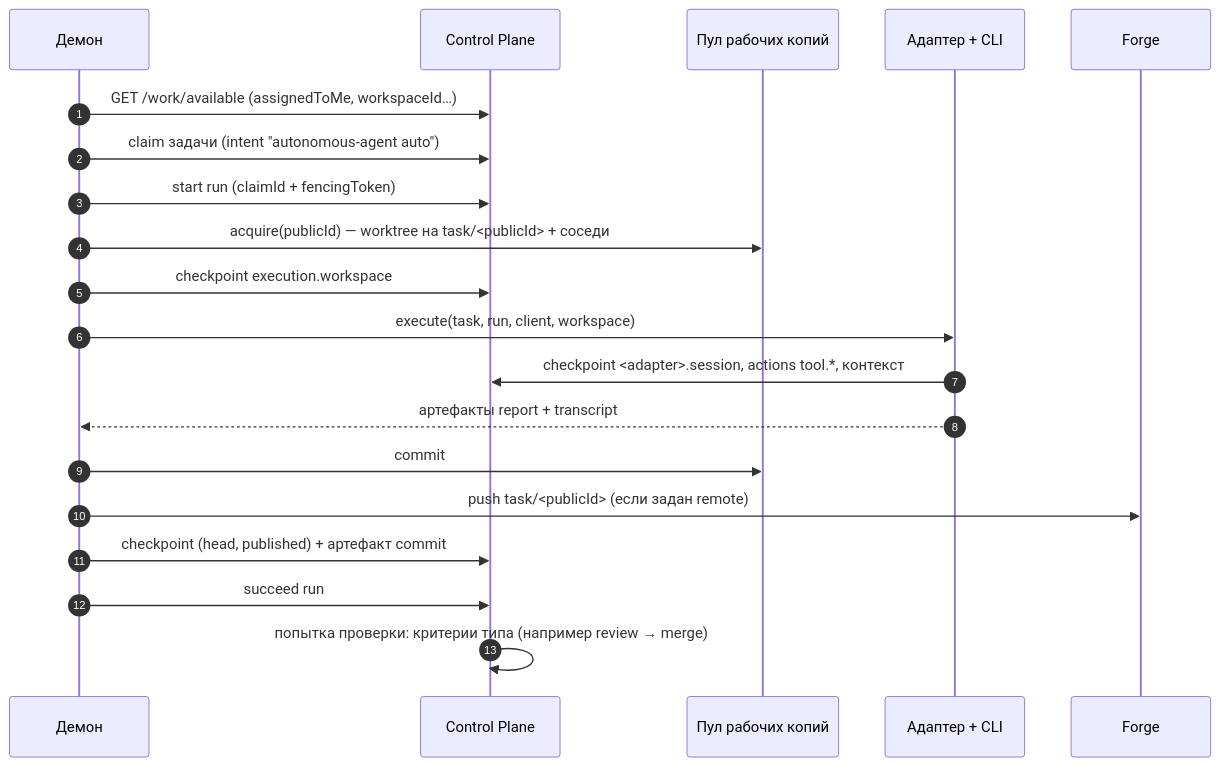
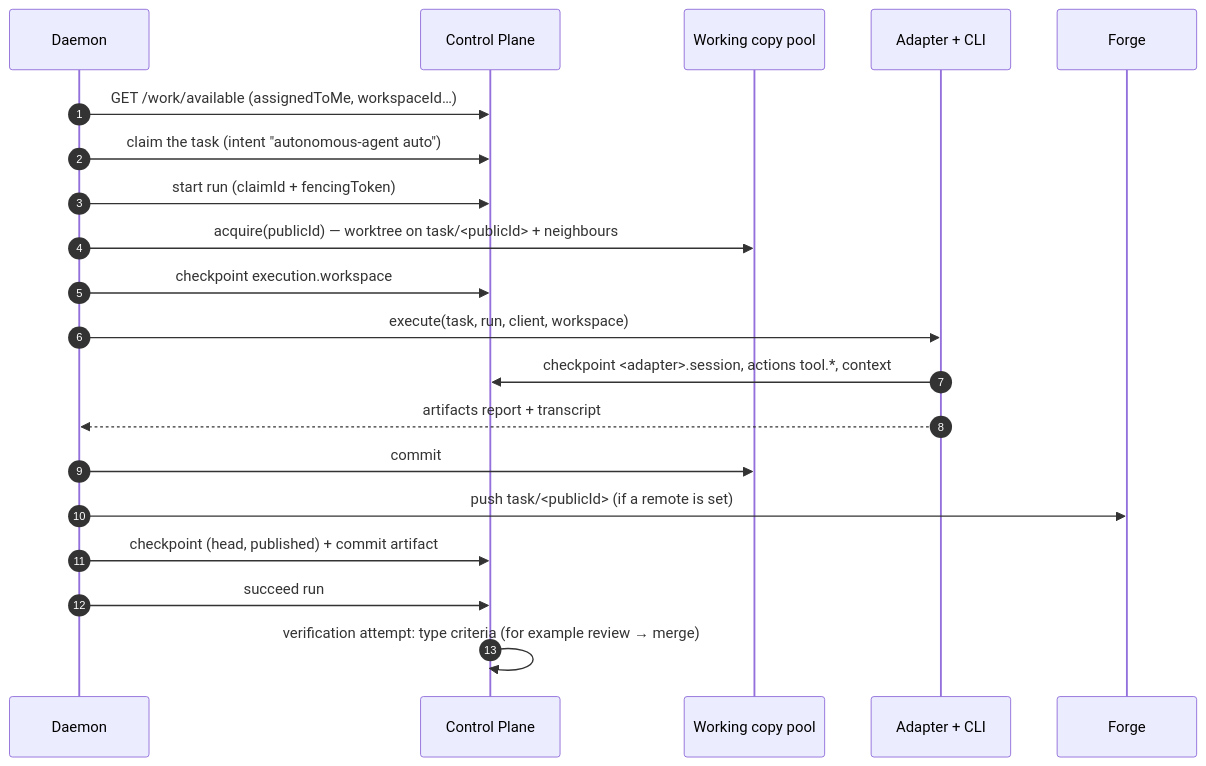
One commit to monthu56/taimen changed the third of 3 diagrams in guide/docs/runner/index.md. Above: the diagram before and after it, drawn with Mermaid. The commit also changed other lines of this file and 183 other files, not shown here.

````diff
--- a/guide/docs/runner/index.md
+++ b/guide/docs/runner/index.md
@@ -71,22 +73,22 @@
 ```mermaid
 sequenceDiagram
     autonumber
-    participant D as Демон
+    participant D as Daemon
     participant CP as Control Plane
-    participant WS as Пул рабочих копий
-    participant AD as Адаптер + CLI
+    participant WS as Working copy pool
+    participant AD as Adapter + CLI
     participant G as Forge
     D->>CP: GET /work/available (assignedToMe, workspaceId…)
-    D->>CP: claim задачи (intent "autonomous-agent auto")
+    D->>CP: claim the task (intent "autonomous-agent auto")
     D->>CP: start run (claimId + fencingToken)
-    D->>WS: acquire(publicId) — worktree на task/<publicId> + соседи
+    D->>WS: acquire(publicId) — worktree on task/<publicId> + neighbours
     D->>CP: checkpoint execution.workspace
     D->>AD: execute(task, run, client, workspace)
-    AD->>CP: checkpoint <adapter>.session, actions tool.*, контекст
-    AD-->>D: артефакты report + transcript
+    AD->>CP: checkpoint <adapter>.session, actions tool.*, context
+    AD-->>D: artifacts report + transcript
     D->>WS: commit
-    D->>G: push task/<publicId> (если задан remote)
-    D->>CP: checkpoint (head, published) + артефакт commit
+    D->>G: push task/<publicId> (if a remote is set)
+    D->>CP: checkpoint (head, published) + commit artifact
     D->>CP: succeed run
-    CP->>CP: попытка проверки: критерии типа (например review → merge)
+    CP->>CP: verification attempt: type criteria (for example review → merge)
 ```
````
